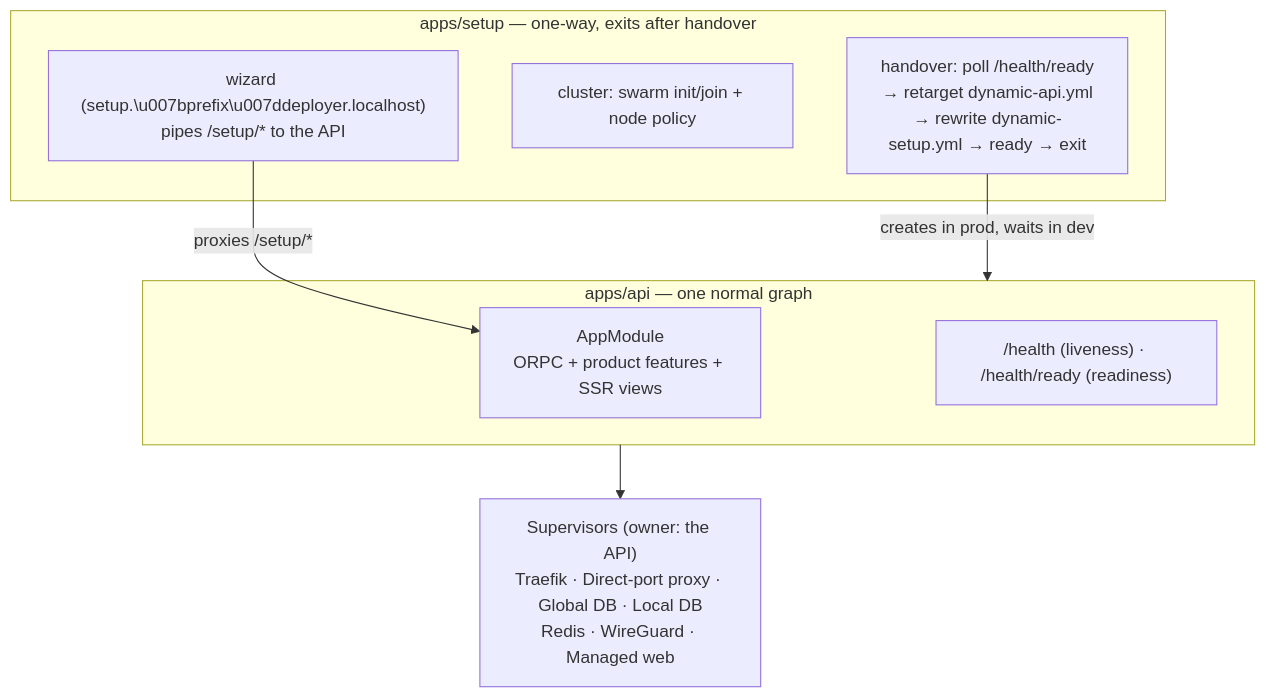
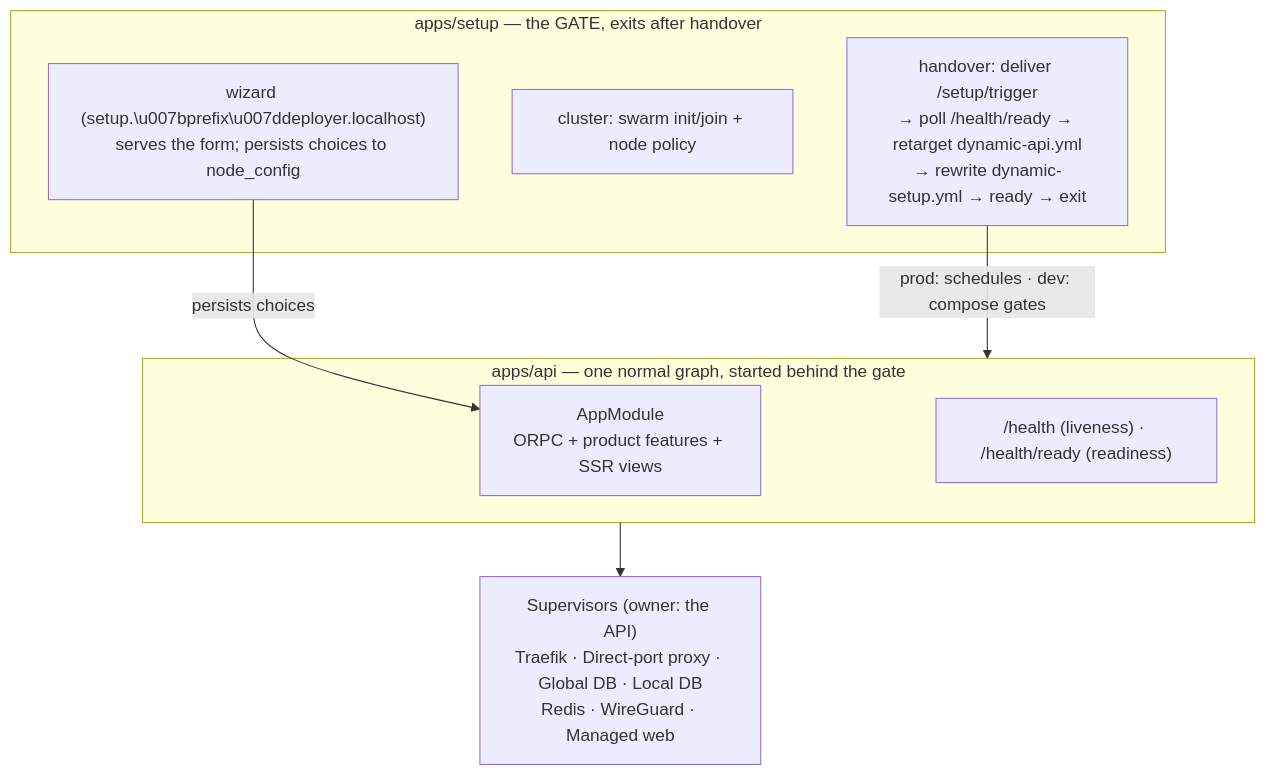
Before and after one commit to N0SAFE/deployer: the first of 4 diagrams in apps/doc/content/docs/deployment/onboarding-and-lifecycle.mdx, drawn with Mermaid. The commit also changed other lines of this file and 40 other files, not shown here.

````diff
--- a/apps/doc/content/docs/deployment/onboarding-and-lifecycle.mdx
+++ b/apps/doc/content/docs/deployment/onboarding-and-lifecycle.mdx
@@ -30,16 +30,16 @@
 ```mermaid
 flowchart TB
-    subgraph SETUP["apps/setup — one-way, exits after handover"]
-        S1["wizard (setup.\u007bprefix\u007ddeployer.localhost)<br/>pipes /setup/* to the API"]
+    subgraph SETUP["apps/setup — the GATE, exits after handover"]
+        S1["wizard (setup.\u007bprefix\u007ddeployer.localhost)<br/>serves the form; persists choices to node_config"]
         S2["cluster: swarm init/join + node policy"]
-        S3["handover: poll /health/ready\n→ retarget dynamic-api.yml\n→ rewrite dynamic-setup.yml → ready → exit"]
+        S3["handover: deliver /setup/trigger\n→ poll /health/ready → retarget dynamic-api.yml\n→ rewrite dynamic-setup.yml → ready → exit"]
     end
-    subgraph API["apps/api — one normal graph"]
+    subgraph API["apps/api — one normal graph, started behind the gate"]
         A1["AppModule<br/>ORPC + product features + SSR views"]
         A2["/health (liveness) · /health/ready (readiness)"]
     end
     SUP["Supervisors (owner: the API)<br/>Traefik · Direct-port proxy · Global DB · Local DB<br/>Redis · WireGuard · Managed web"]
-    S1 -->|proxies /setup/*| A1
-    S3 -->|creates in prod, waits in dev| API
+    S1 -->|persists choices| A1
+    S3 -->|prod: schedules · dev: compose gates| API
     API --> SUP
 ```
````
